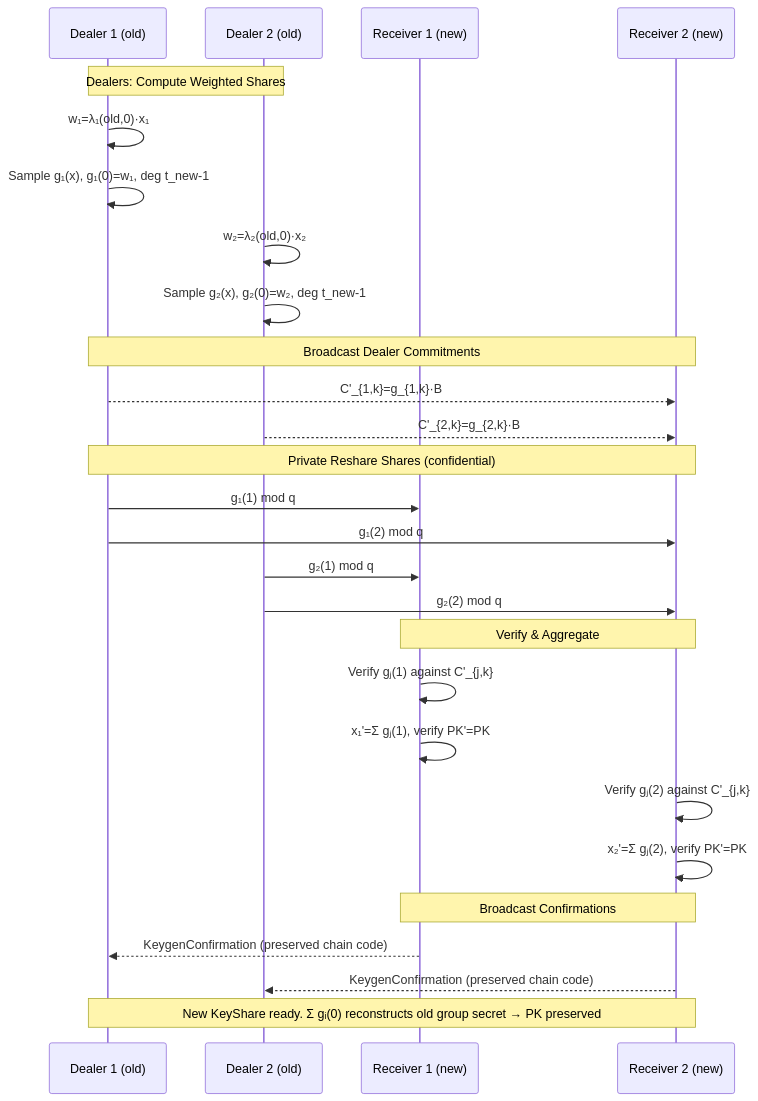
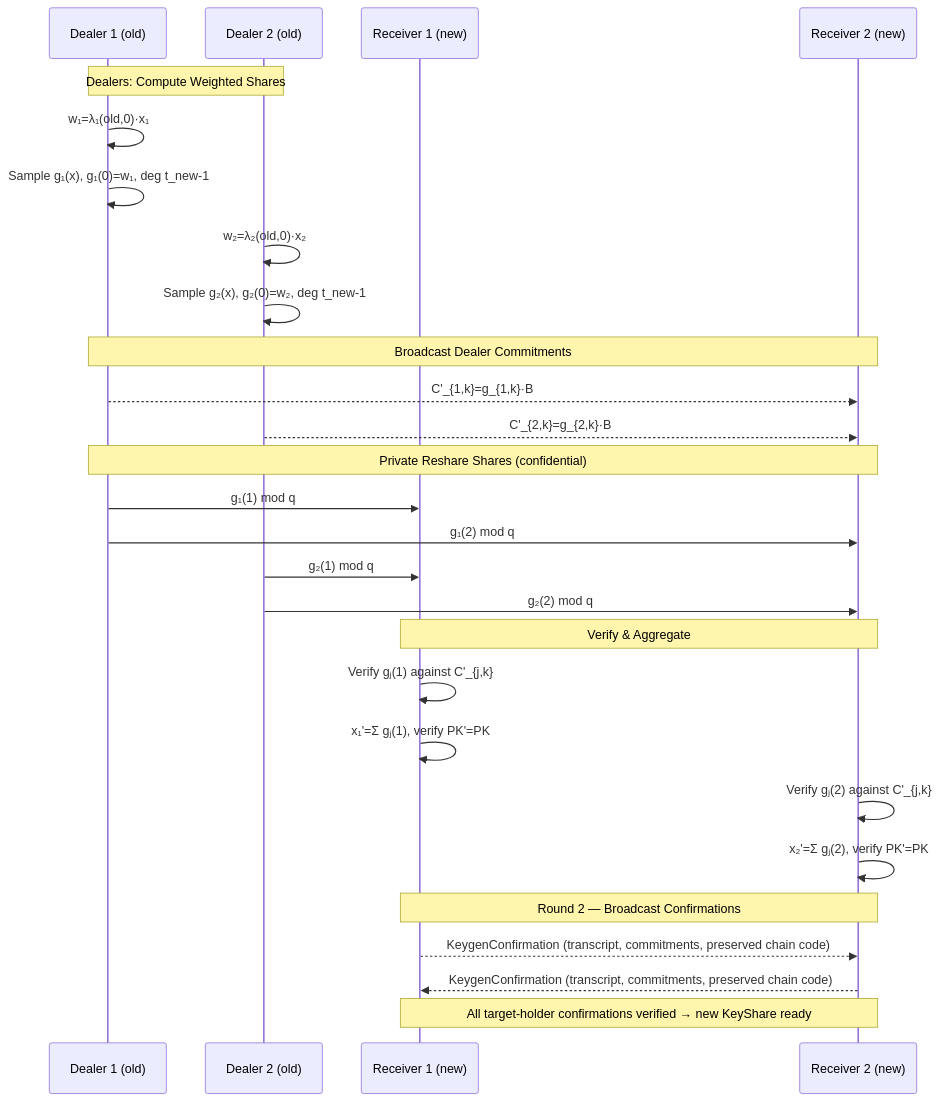
One commit to islishude/tss changed the third of 5 diagrams in docs/frost-ed25519.md. Above: the diagram before and after it, drawn with Mermaid. The commit also changed other lines of this file and 31 other files, not shown here.

````diff
--- a/docs/frost-ed25519.md
+++ b/docs/frost-ed25519.md
@@ -547,35 +573,35 @@
 ```mermaid
 sequenceDiagram
     participant D1 as Dealer 1 (old)
     participant D2 as Dealer 2 (old)
     participant R1 as Receiver 1 (new)
     participant R2 as Receiver 2 (new)
 
     Note over D1,D2: Dealers: Compute Weighted Shares
     D1->>D1: w₁=λ₁(old,0)·x₁
     D1->>D1: Sample g₁(x), g₁(0)=w₁, deg t_new-1
     D2->>D2: w₂=λ₂(old,0)·x₂
     D2->>D2: Sample g₂(x), g₂(0)=w₂, deg t_new-1
 
     Note over D1,R2: Broadcast Dealer Commitments
     D1-->>R2: C'_{1,k}=g_{1,k}·B
     D2-->>R2: C'_{2,k}=g_{2,k}·B
 
     Note over D1,R2: Private Reshare Shares (confidential)
     D1->>R1: g₁(1) mod q
     D1->>R2: g₁(2) mod q
     D2->>R1: g₂(1) mod q
     D2->>R2: g₂(2) mod q
 
     Note over R1,R2: Verify & Aggregate
     R1->>R1: Verify gⱼ(1) against C'_{j,k}
     R1->>R1: x₁'=Σ gⱼ(1), verify PK'=PK
     R2->>R2: Verify gⱼ(2) against C'_{j,k}
     R2->>R2: x₂'=Σ gⱼ(2), verify PK'=PK
 
-    Note over R1,R2: Broadcast Confirmations
-    R1-->>D1: KeygenConfirmation (preserved chain code)
-    R2-->>D2: KeygenConfirmation (preserved chain code)
+    Note over R1,R2: Round 2 — Broadcast Confirmations
+    R1-->>R2: KeygenConfirmation (transcript, commitments, preserved chain code)
+    R2-->>R1: KeygenConfirmation (transcript, commitments, preserved chain code)
 
-    Note over D1,R2: New KeyShare ready. Σ gᵢ(0) reconstructs old group secret → PK preserved
+    Note over R1,R2: All target-holder confirmations verified → new KeyShare ready
 ```
````
